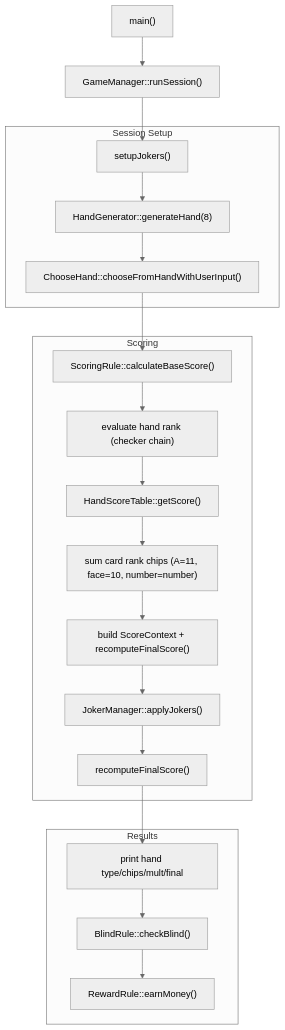
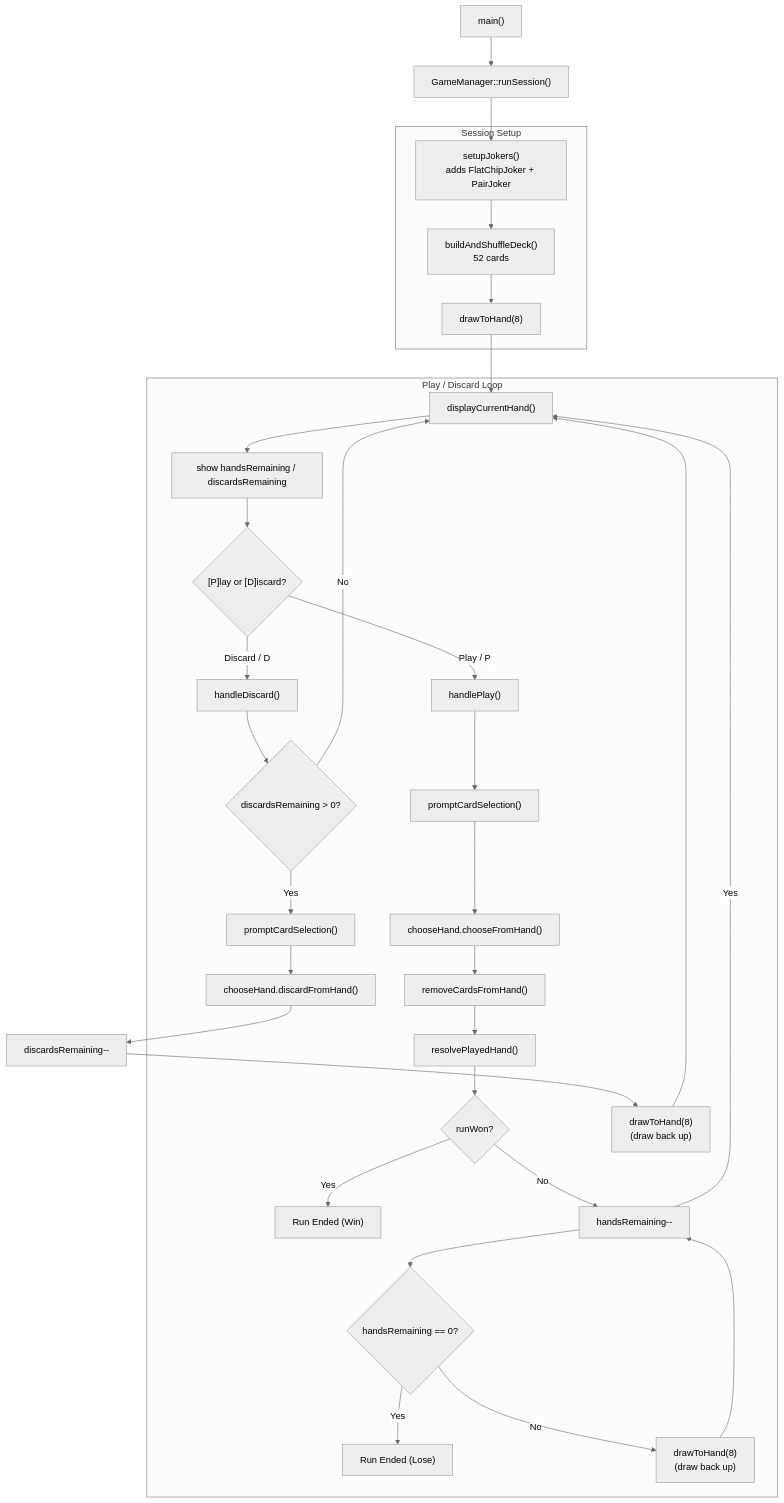
Before and after one commit to shabriafrizal/balatro-despat: the diagram in diagram.md, drawn with Mermaid (neutral theme). The commit also changed 5 other files, not shown here.

Commit message:
ADD: Handle for Play and Discard

````diff
--- a/diagram.md
+++ b/diagram.md
@@ -1,33 +1,51 @@
 ```mermaid
 flowchart TD
 	main["main()"] --> runSession["GameManager::runSession()"]
 
 	subgraph SessionSetup["Session Setup"]
-		setupJokers["setupJokers()"]
-		generateHand["HandGenerator::generateHand(8)"]
-		chooseHand["ChooseHand::chooseFromHandWithUserInput()"]
+		setupJokers["setupJokers()\nadds FlatChipJoker + PairJoker"]
+		buildDeck["buildAndShuffleDeck()\n52 cards"]
+		drawInitial["drawToHand(8)"]
 	end
 
-	runSession --> setupJokers --> generateHand --> chooseHand
+	runSession --> setupJokers --> buildDeck --> drawInitial
 
-	subgraph Scoring["Scoring"]
-		calcBase["ScoringRule::calculateBaseScore()"]
-		evalRank["evaluate hand rank (checker chain)"]
-		baseTable["HandScoreTable::getScore()"]
-		sumCardChips["sum card rank chips (A=11, face=10, number=number)"]
-		buildContext["build ScoreContext + recomputeFinalScore()"]
-		applyJokers["JokerManager::applyJokers()"]
-		recomputeFinal["recomputeFinalScore()"]
+	subgraph PlayDiscardLoop["Play / Discard Loop"]
+		displayHand["displayCurrentHand()"]
+		status["show handsRemaining / discardsRemaining"]
+		choice{"[P]lay or [D]iscard?"}
+		handlePlay["handlePlay()"]
+		handleDiscard["handleDiscard()"]
+		promptPlay["promptCardSelection()"]
+		promptDiscard["promptCardSelection()"]
+		choosePlay["chooseHand.chooseFromHand()"]
+		chooseDiscard["chooseHand.discardFromHand()"]
+		removeCards["removeCardsFromHand()"]
+		scoreResolve["resolvePlayedHand()"]
+		decWin{"runWon?"}
+		decHandsRemaining{"handsRemaining == 0?"}
+		endWin["Run Ended (Win)"]
+		endLose["Run Ended (Lose)"]
+		decDiscards{"discardsRemaining > 0?"}
+		discardDraw["drawToHand(8)\n(draw back up)"]
+		playDraw["drawToHand(8)\n(draw back up)"]
+		decHands{"handsRemaining > 0?"}
 	end
 
-	chooseHand --> calcBase
-	calcBase --> evalRank --> baseTable --> sumCardChips --> buildContext --> applyJokers --> recomputeFinal
+	drawInitial --> displayHand --> status --> choice
+	choice -- "Play / P" --> handlePlay
+	choice -- "Discard / D" --> handleDiscard
 
-	subgraph Results["Results"]
-		printResult["print hand type/chips/mult/final"]
-		checkBlind["BlindRule::checkBlind()"]
-		reward["RewardRule::earnMoney()"]
-	end
+	%% Play path
+	handlePlay --> promptPlay --> choosePlay --> removeCards --> scoreResolve --> decWin
+	decWin -- "Yes" --> endWin
+	decWin -- "No" --> decHands["handsRemaining--"] --> decHandsRemaining
+	decHandsRemaining -- "Yes" --> endLose
+	decHandsRemaining -- "No" --> playDraw --> decHands
+	decHands -- "Yes" --> displayHand
 
-	recomputeFinal --> printResult --> checkBlind --> reward
+	%% Discard path
+	handleDiscard --> decDiscards
+	decDiscards -- "No" --> displayHand
+	decDiscards -- "Yes" --> promptDiscard --> chooseDiscard --> decDisc["discardsRemaining--"] --> discardDraw --> displayHand
 ```
````
